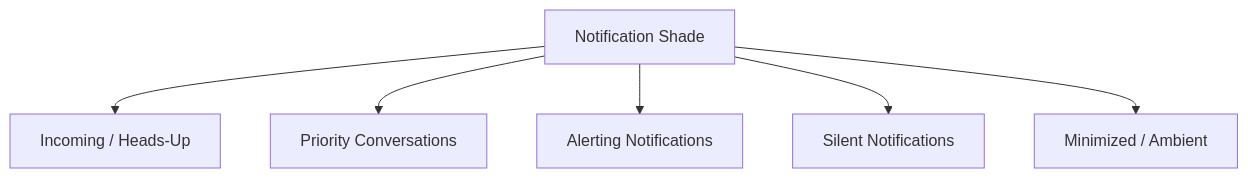
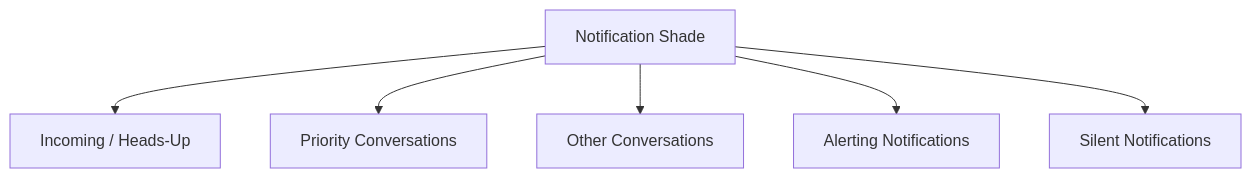
The tenth of 17 diagrams in 28-notifications.md (aospbooks/aosp-internal-book), drawn with Mermaid before and after one commit. The commit also changed other lines of this file and 218 other files, not shown here.

````diff
--- a/28-notifications.md
+++ b/28-notifications.md
@@ -1643,8 +1701,8 @@
 ```mermaid
 graph TD
     A[Notification Shade] --> B[Incoming / Heads-Up]
     A --> C[Priority Conversations]
-    A --> D[Alerting Notifications]
-    A --> E[Silent Notifications]
-    A --> F[Minimized / Ambient]
+    A --> D[Other Conversations]
+    A --> E[Alerting Notifications]
+    A --> F[Silent Notifications]
 ```
````
